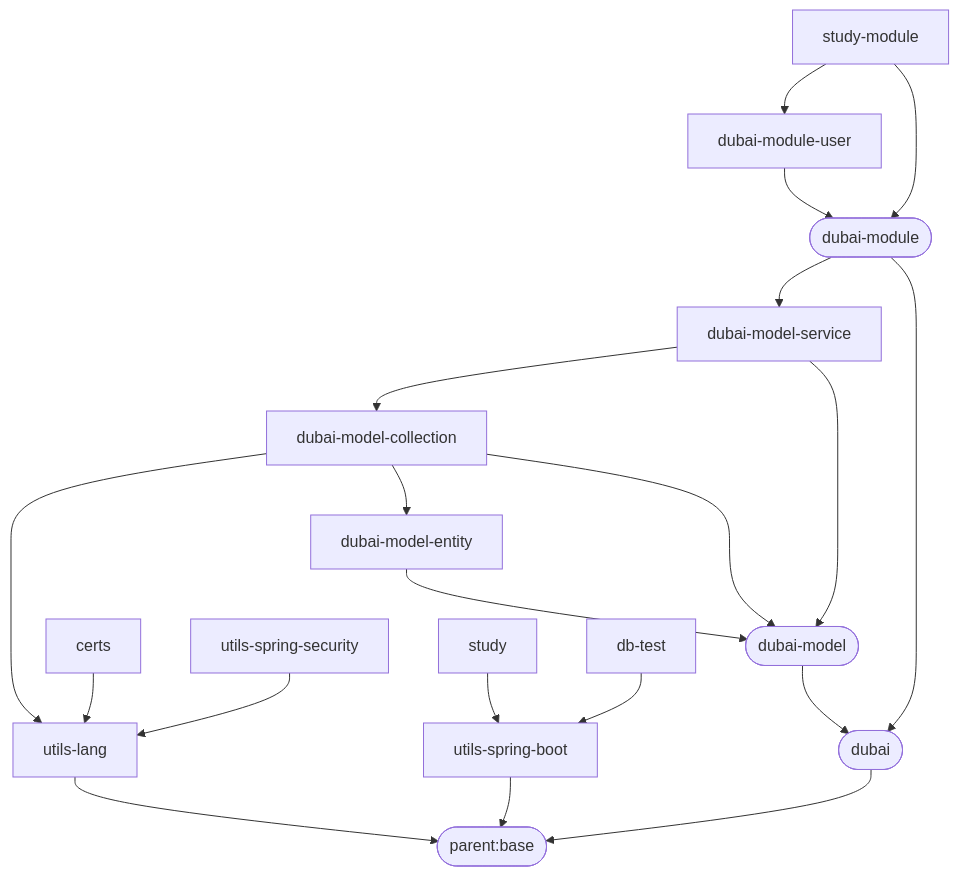
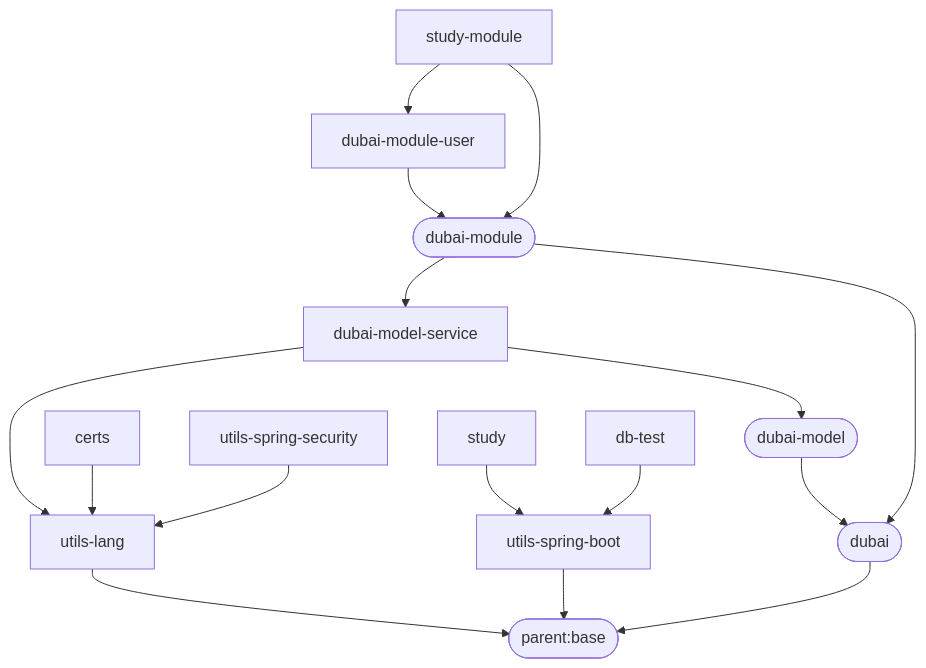
One commit to dbstarll/dbstarll.github.io changed the diagram in README.md. Above: the diagram before and after it, drawn with Mermaid.

Commit message:
自定义边框

````diff
--- a/README.md
+++ b/README.md
@@ -12,29 +12,25 @@
 ```mermaid
 graph TD;
     parent.base([parent:base]);
 
     utils-lang-->parent.base;
 
     utils-spring-boot-->parent.base;
 
     dubai([dubai])-->parent.base;
     dubai-model([dubai-model])-->dubai;
-    dubai-model-entity-->dubai-model;
-    dubai-model-collection-->dubai-model;
-    dubai-model-collection-->dubai-model-entity;
-    dubai-model-collection-->utils-lang;
+    dubai-model-service-->utils-lang;
     dubai-model-service-->dubai-model;
-    dubai-model-service-->dubai-model-collection;
     dubai-module([dubai-module])-->dubai;
     dubai-module-->dubai-model-service;
     
     dubai-module-user-->dubai-module;
 
     study-module-->dubai-module;
     study-module-->dubai-module-user;
 
     certs-->utils-lang;
     utils-spring-security-->utils-lang;
     study-->utils-spring-boot;
     db-test-->utils-spring-boot;
 ```
````
